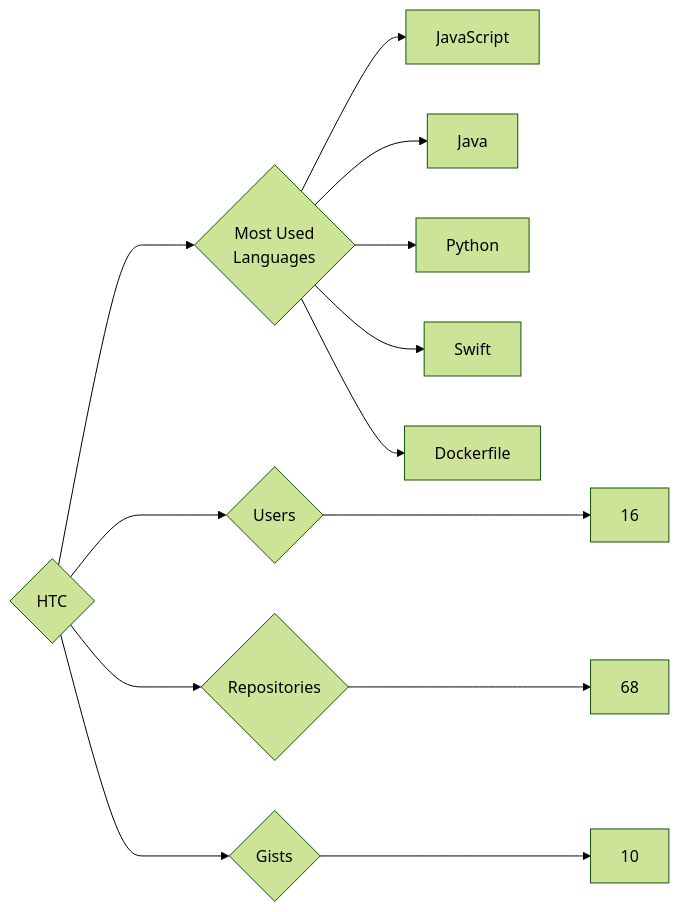
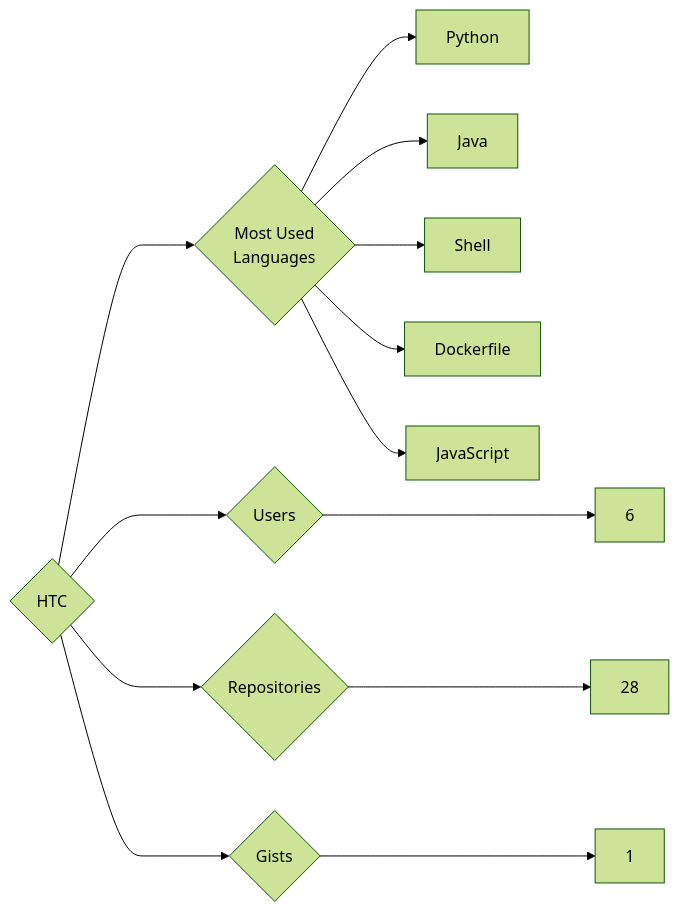
One commit to trickest/insiders changed the diagram in targets/HTC/README.md. Above: the diagram before and after it, drawn with Mermaid (forest theme). The commit also changed 953 other files, not shown here.

````diff
--- a/targets/HTC/README.md
+++ b/targets/HTC/README.md
@@ -3,13 +3,13 @@
 ```mermaid
 graph LR
 COMPANY_NAME{HTC}
-COMPANY_NAME ---> U{Users} ---> UN[16]
-COMPANY_NAME ---> R{Repositories} ---> RN[68]
-COMPANY_NAME ---> G{Gists} ---> GN[10]
+COMPANY_NAME ---> U{Users} ---> UN[6]
+COMPANY_NAME ---> R{Repositories} ---> RN[28]
+COMPANY_NAME ---> G{Gists} ---> GN[1]
 COMPANY_NAME ---> ML{Most Used<br>Languages}
+ML --> Python[Python]
+ML --> Java[Java]
+ML --> Shell[Shell]
+ML --> Dockerfile[Dockerfile]
 ML --> JavaScript[JavaScript]
-ML --> Java[Java]
-ML --> Python[Python]
-ML --> Swift[Swift]
-ML --> Dockerfile[Dockerfile]
 ```
````
